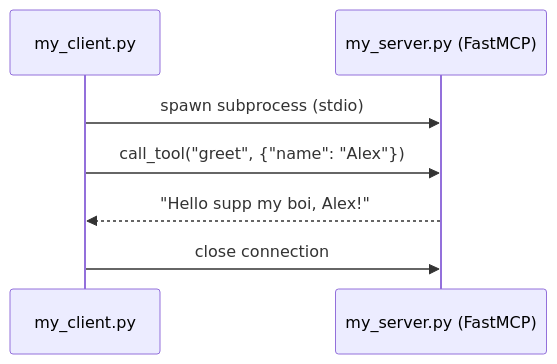
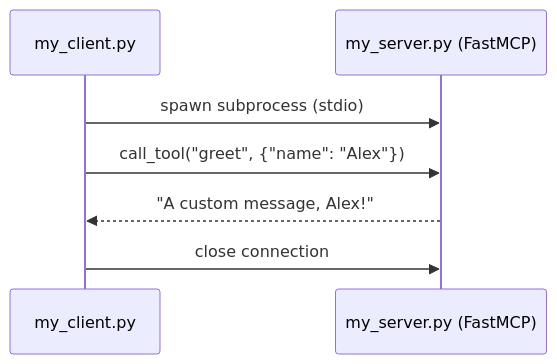
Before and after one commit to dejanu/anthropic_skilljar: the first of 2 diagrams in Readme.md, drawn with Mermaid. The commit also changed other lines of this file, not shown here.

````diff
--- a/Readme.md
+++ b/Readme.md
@@ -133,10 +133,10 @@
 ```mermaid
 sequenceDiagram
     participant Client as my_client.py
     participant Server as my_server.py (FastMCP)
 
     Client->>Server: spawn subprocess (stdio)
     Client->>Server: call_tool("greet", {"name": "Alex"})
-    Server-->>Client: "Hello supp my boi, Alex!"
+    Server-->>Client: "A custom message, Alex!"
     Client->>Server: close connection
 ```
````
